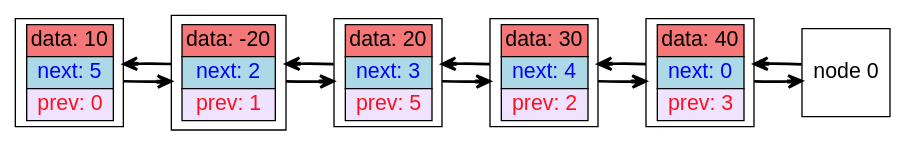
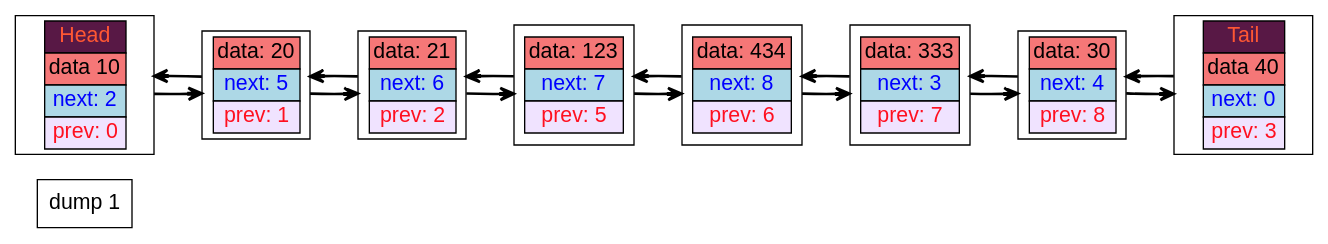
The diagram in dot_example.dot (xmickos/List), drawn with Graphviz before and after one commit. The commit also changed other lines of this file and 8 other files, not shown here.

```diff
--- a/dot_example.dot
+++ b/dot_example.dot
@@ -1,94 +1,134 @@
 digraph g { 
  fontname="Helvetica,Arial,sans-serif"
  node [fontname="Helvetica,Arial,sans-serif"]
  edge [fontname="Helvetica,Arial,sans-serif"]
  graph [
  rankdir = "LR"
- ];node [
+ ];
+node [
  fontsize = "16"
  shape = "square"
  ];
 
 edge [
  style="solid"
  arrowhead="vee"
  penwidth=2
  ]; 
 
+
+"watermark node" [ label = "dump 1"
+shape=record];
+
+
 "node 1" [
  label=<
  <table border="0" cellborder="1" cellspacing="0">
- <tr><td bgcolor="#f57777">data: 10</td></tr>
- <tr><td bgcolor="lightblue"><font color="#0000ff">next: 5</font></td></tr>
+ <tr><td bgcolor="#581845"><font color="#FF5733">Head</font></td></tr>
+ <tr><td bgcolor="#f57777">data 10</td></tr>
+ <tr><td bgcolor="lightblue"><font color="#0000ff">next: 2</font></td></tr>
  <tr><td bgcolor="#f0e3ff"><font color="#ff1020">prev: 0</font></td></tr>
  </table>>
- ];"node 5" [
- label=<
- <table border="0" cellborder="1" cellspacing="0">
- <tr><td bgcolor="#f57777">data: -20</td></tr>
- <tr><td bgcolor="lightblue"><font color="#0000ff">next: 2</font></td></tr>
- <tr><td bgcolor="#f0e3ff"><font color="#ff1020">prev: 1</font></td></tr>
- </table>>
- ];"node 2" [
+ ];
+
+
+"node 2" [
  label=<
  <table border="0" cellborder="1" cellspacing="0">
  <tr><td bgcolor="#f57777">data: 20</td></tr>
- <tr><td bgcolor="lightblue"><font color="#0000ff">next: 3</font></td></tr>
+ <tr><td bgcolor="lightblue"><font color="#0000ff">next: 5</font></td></tr>
+ <tr><td bgcolor="#f0e3ff"><font color="#ff1020">prev: 1</font></td></tr>
+ </table>>
+ ];
+
+
+"node 5" [
+ label=<
+ <table border="0" cellborder="1" cellspacing="0">
+ <tr><td bgcolor="#f57777">data: 21</td></tr>
+ <tr><td bgcolor="lightblue"><font color="#0000ff">next: 6</font></td></tr>
+ <tr><td bgcolor="#f0e3ff"><font color="#ff1020">prev: 2</font></td></tr>
+ </table>>
+ ];
+
+
+"node 6" [
+ label=<
+ <table border="0" cellborder="1" cellspacing="0">
+ <tr><td bgcolor="#f57777">data: 123</td></tr>
+ <tr><td bgcolor="lightblue"><font color="#0000ff">next: 7</font></td></tr>
  <tr><td bgcolor="#f0e3ff"><font color="#ff1020">prev: 5</font></td></tr>
  </table>>
- ];"node 3" [
+ ];
+
+
+"node 7" [
+ label=<
+ <table border="0" cellborder="1" cellspacing="0">
+ <tr><td bgcolor="#f57777">data: 434</td></tr>
+ <tr><td bgcolor="lightblue"><font color="#0000ff">next: 8</font></td></tr>
+ <tr><td bgcolor="#f0e3ff"><font color="#ff1020">prev: 6</font></td></tr>
+ </table>>
+ ];
+
+
+"node 8" [
+ label=<
+ <table border="0" cellborder="1" cellspacing="0">
+ <tr><td bgcolor="#f57777">data: 333</td></tr>
+ <tr><td bgcolor="lightblue"><font color="#0000ff">next: 3</font></td></tr>
+ <tr><td bgcolor="#f0e3ff"><font color="#ff1020">prev: 7</font></td></tr>
+ </table>>
+ ];
+
+
+"node 3" [
  label=<
  <table border="0" cellborder="1" cellspacing="0">
  <tr><td bgcolor="#f57777">data: 30</td></tr>
  <tr><td bgcolor="lightblue"><font color="#0000ff">next: 4</font></td></tr>
- <tr><td bgcolor="#f0e3ff"><font color="#ff1020">prev: 2</font></td></tr>
+ <tr><td bgcolor="#f0e3ff"><font color="#ff1020">prev: 8</font></td></tr>
  </table>>
- ];"node 4" [
+ ];
+
+
+"node 4" [
  label=<
  <table border="0" cellborder="1" cellspacing="0">
- <tr><td bgcolor="#f57777">data: 40</td></tr>
+ <tr><td bgcolor="#581845"><font color="#FF5733">Tail</font></td></tr>
+ <tr><td bgcolor="#f57777">data 40</td></tr>
  <tr><td bgcolor="lightblue"><font color="#0000ff">next: 0</font></td></tr>
  <tr><td bgcolor="#f0e3ff"><font color="#ff1020">prev: 3</font></td></tr>
  </table>>
- ];"node 1":f0 -> "node 5":f0 [
- id = 0
- ]; 
+ ];
 
-"node 5":f0 -> "node 2":f0 [
- id = 0
- ]; 
+"node 1" -> "node 2"
 
-"node 2":f0 -> "node 3":f0 [
- id = 0
- ]; 
+"node 2" -> "node 5"
 
-"node 3":f0 -> "node 4":f0 [
- id = 0
- ]; 
+"node 5" -> "node 6"
 
-"node 4":f0 -> "node 0":f0 [
- id = 0
- ]; 
+"node 6" -> "node 7"
 
-"node 5":f2 -> "node 1":f2 [
- id = 0
- ]; 
+"node 7" -> "node 8"
 
-"node 2":f2 -> "node 5":f2 [
- id = 0
- ]; 
+"node 8" -> "node 3"
 
-"node 3":f2 -> "node 2":f2 [
- id = 0
- ]; 
+"node 3" -> "node 4"
 
-"node 4":f2 -> "node 3":f2 [
- id = 0
- ]; 
+"node 2" -> "node 1"
 
-"node 0":f2 -> "node 4":f2 [
- id = 0
- ]; 
+"node 5" -> "node 2"
+
+"node 6" -> "node 5"
+
+"node 7" -> "node 6"
+
+"node 8" -> "node 7"
+
+"node 3" -> "node 8"
+
+"node 4" -> "node 3"
 
 
 }
```
